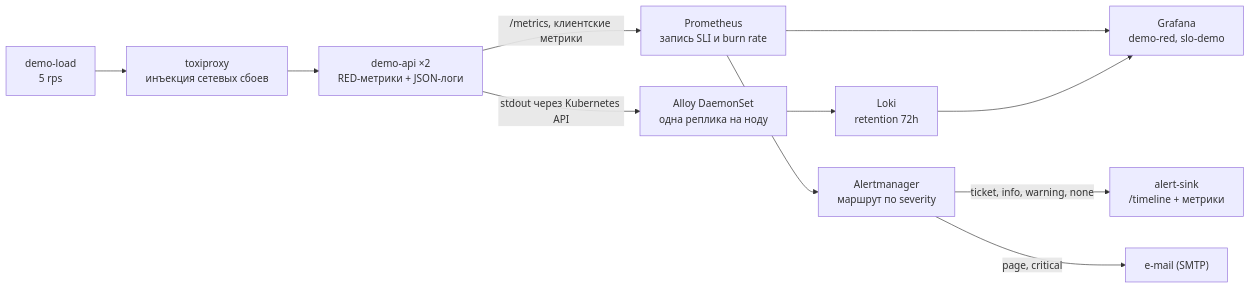
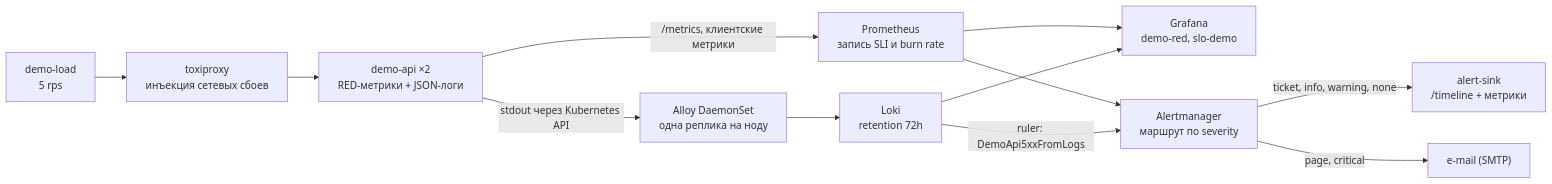
The first of 2 diagrams in README.md (morgenvor/k8s-observability-lab), drawn with Mermaid before and after one commit. The commit also changed other lines of this file and 7 other files, not shown here.

First line of the commit message:
feat(loki): правило по логам в ruler и второй класс проверки

````diff
--- a/README.md
+++ b/README.md
@@ -22,13 +23,14 @@
 ```mermaid
 flowchart LR
   load["demo-load<br/>5 rps"] --> toxiproxy["toxiproxy<br/>инъекция сетевых сбоев"]
   toxiproxy --> api["demo-api ×2<br/>RED-метрики + JSON-логи"]
   api -->|"/metrics, клиентские метрики"| prometheus["Prometheus<br/>запись SLI и burn rate"]
   api -->|"stdout через Kubernetes API"| alloy["Alloy DaemonSet<br/>одна реплика на ноду"]
   alloy --> loki["Loki<br/>retention 72h"]
   prometheus --> grafana["Grafana<br/>demo-red, slo-demo"]
   loki --> grafana
   prometheus --> alertmanager["Alertmanager<br/>маршрут по severity"]
+  loki -->|"ruler: DemoApi5xxFromLogs"| alertmanager
   alertmanager -->|"ticket, info, warning, none"| sink["alert-sink<br/>/timeline + метрики"]
   alertmanager -->|"page, critical"| email["e-mail (SMTP)"]
 ```
````
